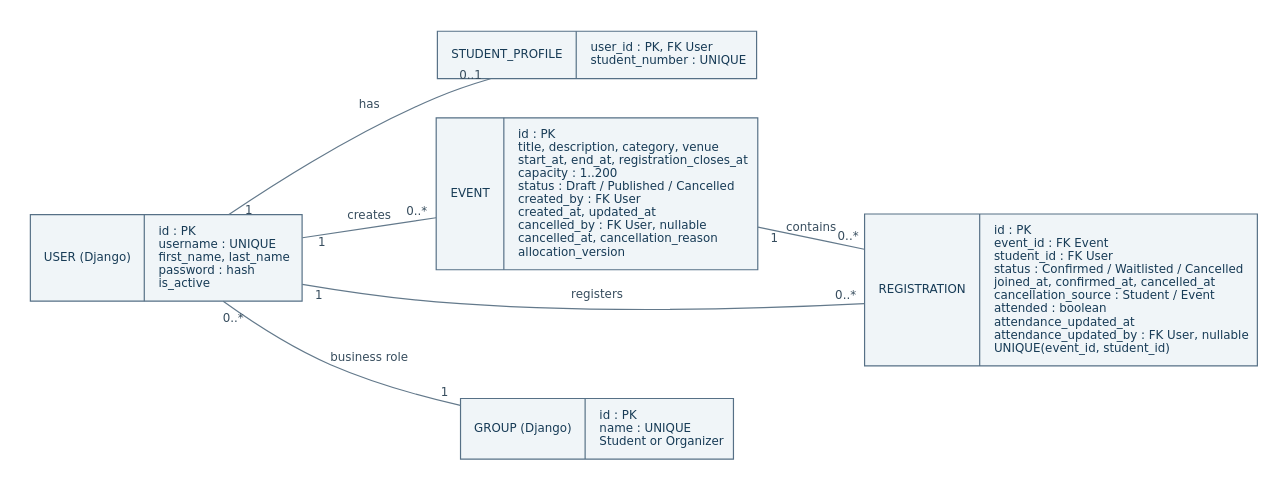
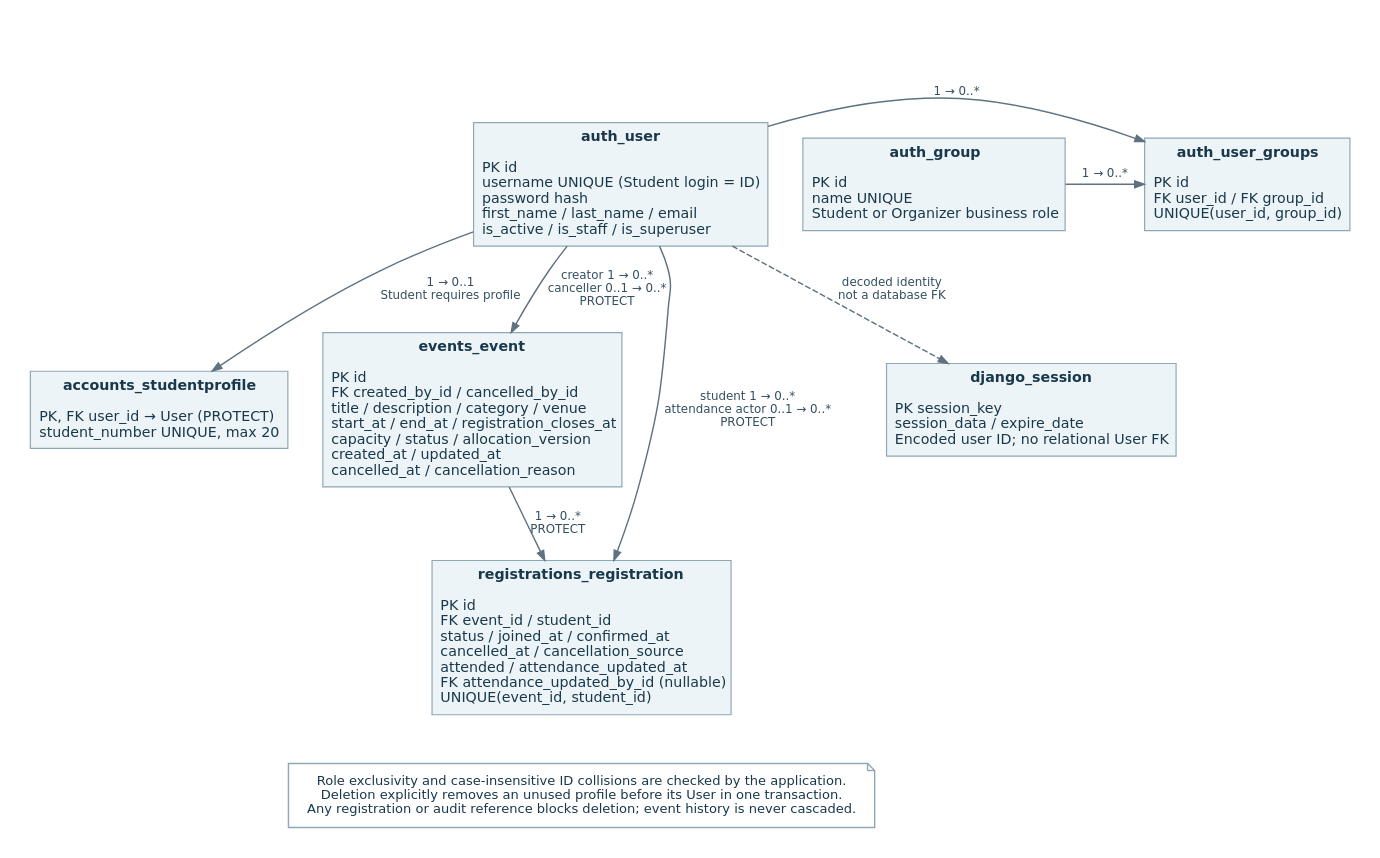
Before and after one commit to alamshahriya1-cpu/campus-event-management: the diagram in docs/diagrams/source/03_entity_relationships.dot, drawn with Graphviz. The commit also changed 60 other files, not shown here.

Commit message:
Update SRS RTM diagrams and requirements completion report

```diff
--- a/docs/diagrams/source/03_entity_relationships.dot
+++ b/docs/diagrams/source/03_entity_relationships.dot
@@ -1,16 +1,33 @@
-digraph ERD {
-graph [bgcolor="white", fontname="DejaVu Sans", pad="0.25", nodesep="0.45", ranksep="0.65"];
-node [fontname="DejaVu Sans", fontsize=12, color="#567086", fontcolor="#173B56", style="rounded,filled", fillcolor="#F0F5F8", shape=box, margin="0.16,0.12"];
-edge [fontname="DejaVu Sans", fontsize=10, color="#63798B", fontcolor="#374D5E", arrowsize=0.75];
-rankdir=LR; node [shape=record,style=filled,fontsize=10];
-user [label="{USER (Django)|id : PK\lusername : UNIQUE\lfirst_name, last_name\lpassword : hash\lis_active\l}"];
-profile [label="{STUDENT_PROFILE|user_id : PK, FK User\lstudent_number : UNIQUE\l}"];
-event [label="{EVENT|id : PK\ltitle, description, category, venue\lstart_at, end_at, registration_closes_at\lcapacity : 1..200\lstatus : Draft / Published / Cancelled\lcreated_by : FK User\lcreated_at, updated_at\lcancelled_by : FK User, nullable\lcancelled_at, cancellation_reason\lallocation_version\l}"];
-registration [label="{REGISTRATION|id : PK\levent_id : FK Event\lstudent_id : FK User\lstatus : Confirmed / Waitlisted / Cancelled\ljoined_at, confirmed_at, cancelled_at\lcancellation_source : Student / Event\lattended : boolean\lattendance_updated_at\lattendance_updated_by : FK User, nullable\lUNIQUE(event_id, student_id)\l}"];
-group [label="{GROUP (Django)|id : PK\lname : UNIQUE\lStudent or Organizer\l}"];
-user -> profile [label="has",taillabel="1",headlabel="0..1",dir=none,labeldistance=1.7];
-user -> event [label="creates",taillabel="1",headlabel="0..*",dir=none,labeldistance=1.7];
-user -> registration [label="registers",taillabel="1",headlabel="0..*",dir=none,labeldistance=1.7];
-event -> registration [label="contains",taillabel="1",headlabel="0..*",dir=none,labeldistance=1.7];
-user -> group [label="business role",taillabel="0..*",headlabel="1",dir=none,labeldistance=1.7];
+digraph G {
+graph [bgcolor="white", pad="0.25", nodesep="0.40", ranksep="0.55", fontname="DejaVu Sans", fontsize=13];
+node [shape=box, style="rounded,filled", fillcolor="#EDF4F7", color="#8EA8B7", fontcolor="#19384B", fontname="DejaVu Sans", fontsize=13, margin="0.20,0.13", penwidth=1.2];
+edge [color="#5F7280", fontcolor="#334F60", fontname="DejaVu Sans", fontsize=10, arrowsize=0.8, penwidth=1.2];
+rankdir=TB; node [shape=record,style=filled,fontsize=12];
+u [shape=plain,style="",label=<<TABLE BORDER="1" CELLBORDER="0" CELLSPACING="0" CELLPADDING="6" COLOR="#8EA8B7" BGCOLOR="#EDF4F7"><TR><TD><B>auth_user</B></TD></TR><TR><TD ALIGN="LEFT">PK id<BR ALIGN="LEFT"/>username UNIQUE (Student login = ID)<BR ALIGN="LEFT"/>password hash<BR ALIGN="LEFT"/>first_name / last_name / email<BR ALIGN="LEFT"/>is_active / is_staff / is_superuser<BR ALIGN="LEFT"/></TD></TR></TABLE>>];
+p [shape=plain,style="",label=<<TABLE BORDER="1" CELLBORDER="0" CELLSPACING="0" CELLPADDING="6" COLOR="#8EA8B7" BGCOLOR="#EDF4F7"><TR><TD><B>accounts_studentprofile</B></TD></TR><TR><TD ALIGN="LEFT">PK, FK user_id → User (PROTECT)<BR ALIGN="LEFT"/>student_number UNIQUE, max 20<BR ALIGN="LEFT"/></TD></TR></TABLE>>];
+g [shape=plain,style="",label=<<TABLE BORDER="1" CELLBORDER="0" CELLSPACING="0" CELLPADDING="6" COLOR="#8EA8B7" BGCOLOR="#EDF4F7"><TR><TD><B>auth_group</B></TD></TR><TR><TD ALIGN="LEFT">PK id<BR ALIGN="LEFT"/>name UNIQUE<BR ALIGN="LEFT"/>Student or Organizer business role<BR ALIGN="LEFT"/></TD></TR></TABLE>>];
+ug [shape=plain,style="",label=<<TABLE BORDER="1" CELLBORDER="0" CELLSPACING="0" CELLPADDING="6" COLOR="#8EA8B7" BGCOLOR="#EDF4F7"><TR><TD><B>auth_user_groups</B></TD></TR><TR><TD ALIGN="LEFT">PK id<BR ALIGN="LEFT"/>FK user_id / FK group_id<BR ALIGN="LEFT"/>UNIQUE(user_id, group_id)<BR ALIGN="LEFT"/></TD></TR></TABLE>>];
+e [shape=plain,style="",label=<<TABLE BORDER="1" CELLBORDER="0" CELLSPACING="0" CELLPADDING="6" COLOR="#8EA8B7" BGCOLOR="#EDF4F7"><TR><TD><B>events_event</B></TD></TR><TR><TD ALIGN="LEFT">PK id<BR ALIGN="LEFT"/>FK created_by_id / cancelled_by_id<BR ALIGN="LEFT"/>title / description / category / venue<BR ALIGN="LEFT"/>start_at / end_at / registration_closes_at<BR ALIGN="LEFT"/>capacity / status / allocation_version<BR ALIGN="LEFT"/>created_at / updated_at<BR ALIGN="LEFT"/>cancelled_at / cancellation_reason<BR ALIGN="LEFT"/></TD></TR></TABLE>>];
+r [shape=plain,style="",label=<<TABLE BORDER="1" CELLBORDER="0" CELLSPACING="0" CELLPADDING="6" COLOR="#8EA8B7" BGCOLOR="#EDF4F7"><TR><TD><B>registrations_registration</B></TD></TR><TR><TD ALIGN="LEFT">PK id<BR ALIGN="LEFT"/>FK event_id / student_id<BR ALIGN="LEFT"/>status / joined_at / confirmed_at<BR ALIGN="LEFT"/>cancelled_at / cancellation_source<BR ALIGN="LEFT"/>attended / attendance_updated_at<BR ALIGN="LEFT"/>FK attendance_updated_by_id (nullable)<BR ALIGN="LEFT"/>UNIQUE(event_id, student_id)<BR ALIGN="LEFT"/></TD></TR></TABLE>>];
+s [shape=plain,style="",label=<<TABLE BORDER="1" CELLBORDER="0" CELLSPACING="0" CELLPADDING="6" COLOR="#8EA8B7" BGCOLOR="#EDF4F7"><TR><TD><B>django_session</B></TD></TR><TR><TD ALIGN="LEFT">PK session_key<BR ALIGN="LEFT"/>session_data / expire_date<BR ALIGN="LEFT"/>Encoded user ID; no relational User FK<BR ALIGN="LEFT"/></TD></TR></TABLE>>];
+{rank=same;g;ug;u;}
+{rank=same;e;p;s;}
+u -> p [label="1 → 0..1
+Student requires profile"];
+u -> ug [label="1 → 0..*"];
+g -> ug [label="1 → 0..*"];
+u -> e [label="creator 1 → 0..*
+canceller 0..1 → 0..*
+PROTECT"];
+u -> r [label="student 1 → 0..*
+attendance actor 0..1 → 0..*
+PROTECT"];
+e -> r [label="1 → 0..*
+PROTECT"];
+u -> s [style=dashed,label="decoded identity
+not a database FK"];
+note [shape=note,label="Role exclusivity and case-insensitive ID collisions are checked by the application.
+Deletion explicitly removes an unused profile before its User in one transaction.
+Any registration or audit reference blocks deletion; event history is never cascaded.",fillcolor="white",fontsize=11];
+r -> note [style=invis];
 }
```
